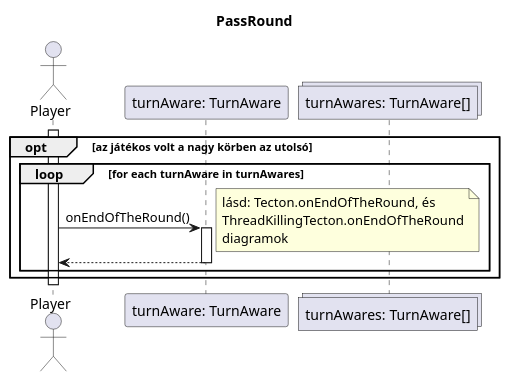
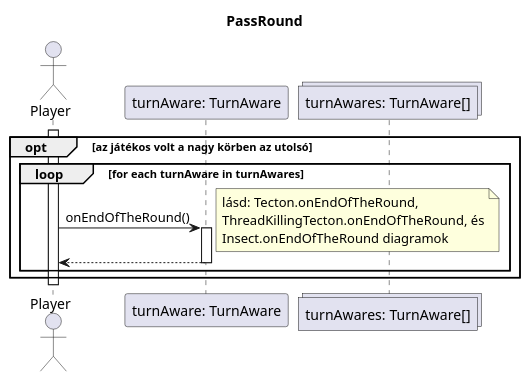
The diagram in diagrams/sequence/use_cases/passRound.plantuml (dzsem/projlab), drawn with PlantUML before and after one commit. The commit also changed 2 other files, not shown here.

Commit message:
Update Insect and PassRound diagrams

```diff
--- a/diagrams/sequence/use_cases/passRound.plantuml
+++ b/diagrams/sequence/use_cases/passRound.plantuml
@@ -1,24 +1,24 @@
 @startuml
 
 title PassRound
 
 actor "Player" as player
 participant "turnAware: TurnAware" as ta
 collections "turnAwares: TurnAware[]" as tas
 
 activate player
 
 opt az játékos volt a nagy körben az utolsó
 	loop for each turnAware in turnAwares
 		player -> ta: onEndOfTheRound()
-		note right: lásd: Tecton.onEndOfTheRound, és\nThreadKillingTecton.onEndOfTheRound\ndiagramok
+		note right: lásd: Tecton.onEndOfTheRound,\nThreadKillingTecton.onEndOfTheRound, és\nInsect.onEndOfTheRound diagramok
 		activate ta
 
 		player <-- ta
 		deactivate ta
 	end
 end
 
 deactivate player
 
 @enduml
```
